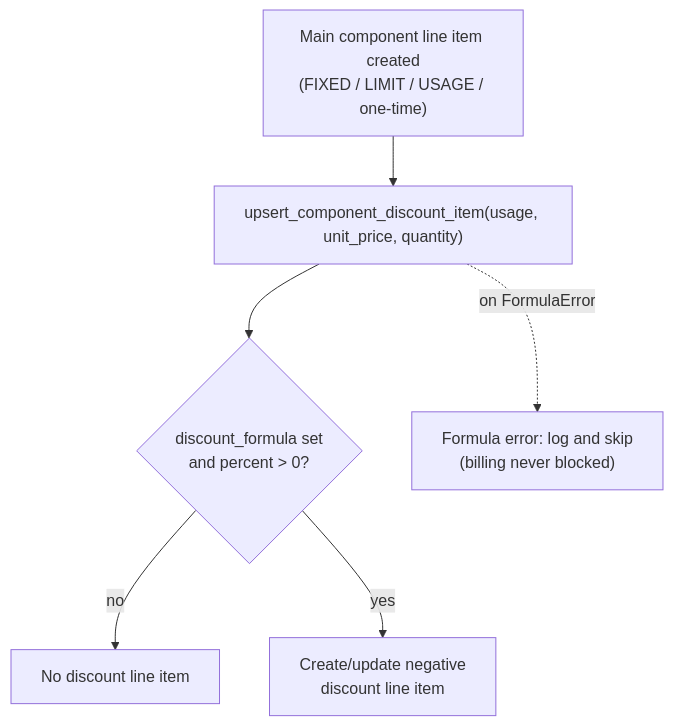
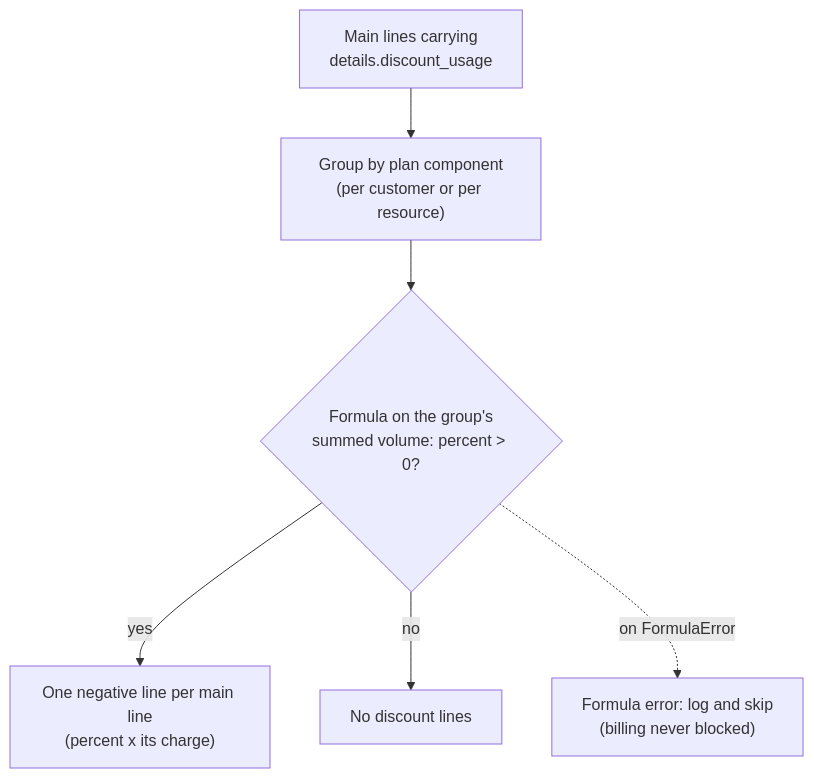
Before and after one commit to waldur/waldur-docs: the second of 2 diagrams in docs/developer-guide/component-discounts.md, drawn with Mermaid. The commit also changed other lines of this file and 51 other files, not shown here.

````diff
--- a/docs/developer-guide/component-discounts.md
+++ b/docs/developer-guide/component-discounts.md
@@ -87,15 +92,14 @@
 ```mermaid
 flowchart TB
-    MAIN["Main component line item created<br/>(FIXED / LIMIT / USAGE / one-time)"]
-    CALL["upsert_component_discount_item(usage, unit_price, quantity)"]
-    EVAL{"discount_formula set<br/>and percent > 0?"}
-    SKIP["No discount line item"]
-    NEG["Create/update negative<br/>discount line item"]
+    ITEMS["Main lines carrying<br/>details.discount_usage"]
+    GROUP["Group by plan component<br/>(per customer or per resource)"]
+    EVAL{"Formula on the group's<br/>summed volume: percent > 0?"}
+    LINES["One negative line per main line<br/>(percent x its charge)"]
+    NONE["No discount lines"]
     ERR["Formula error: log and skip<br/>(billing never blocked)"]
 
-    MAIN --> CALL
-    CALL --> EVAL
-    EVAL -->|no| SKIP
-    EVAL -->|yes| NEG
-    CALL -.->|on FormulaError| ERR
+    ITEMS --> GROUP --> EVAL
+    EVAL -->|yes| LINES
+    EVAL -->|no| NONE
+    EVAL -.->|on FormulaError| ERR
 ```
````
